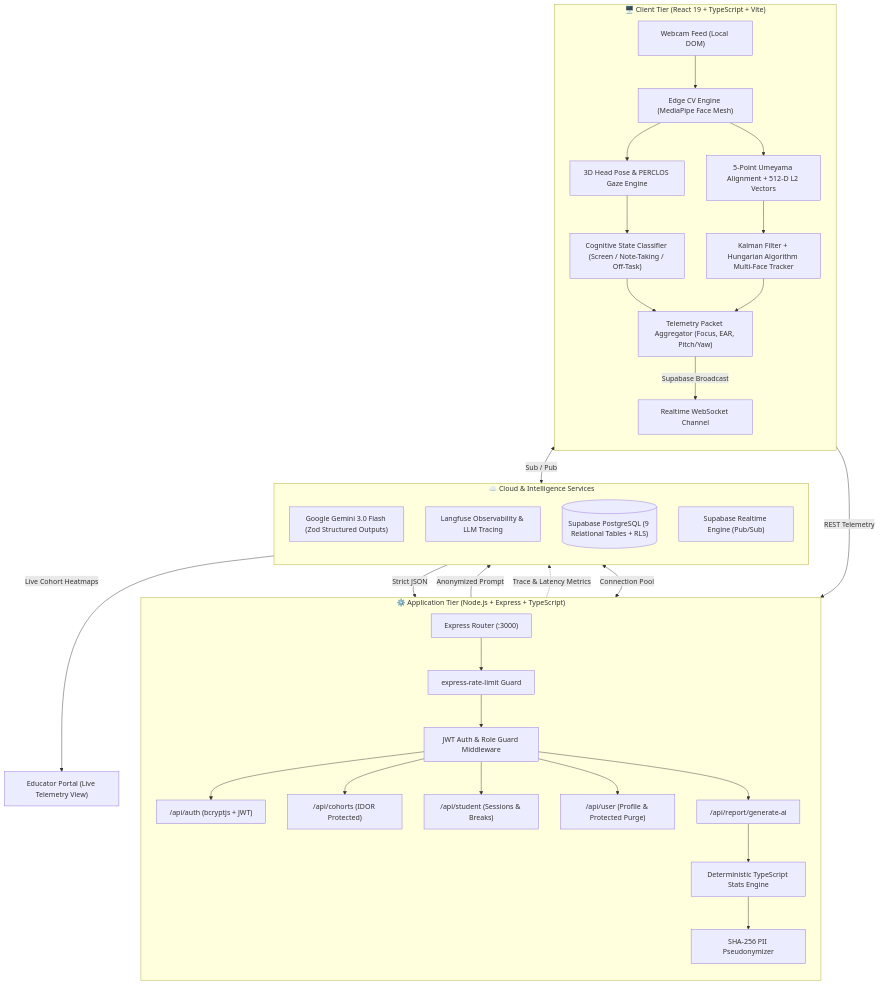
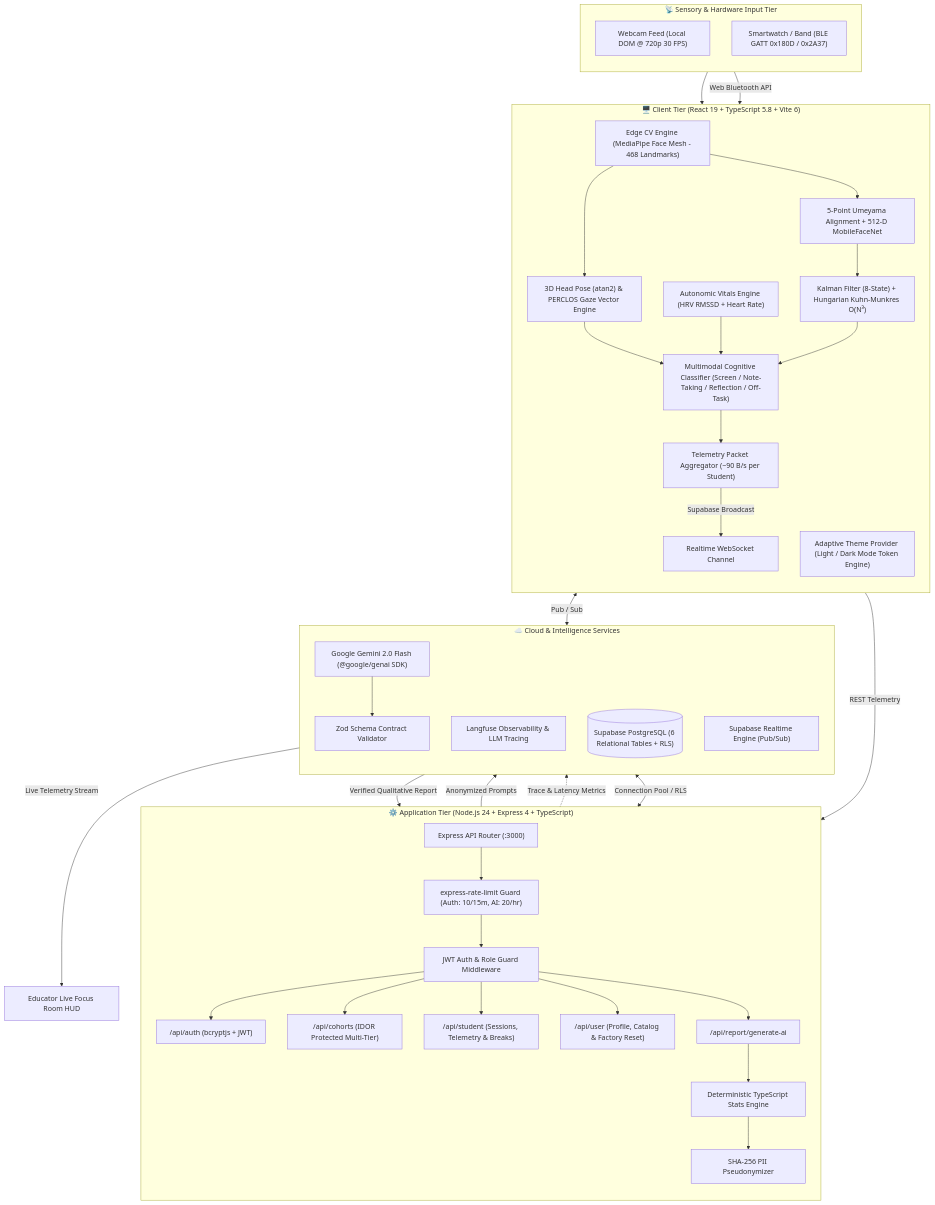
One commit to Kart-1307/CogniLearn changed the first of 5 diagrams in ARCHITECTURE.md. Above: the diagram before and after it, drawn with Mermaid. The commit also changed other lines of this file and 7 other files, not shown here.

Commit message:
docs: update architecture PDF, README hackathon checklist, and add sample data fixtures

````diff
--- a/ARCHITECTURE.md
+++ b/ARCHITECTURE.md
@@ -22,47 +25,68 @@
 ```mermaid
 graph TB
-    subgraph ClientLayer["🖥️ Client Tier (React 19 + TypeScript + Vite)"]
+    subgraph SensoryInput["📡 Sensory & Hardware Input Tier"]
         direction TB
-        CameraFeed["Webcam Feed (Local DOM)"] --> EdgeCV["Edge CV Engine (MediaPipe Face Mesh)"]
-        EdgeCV --> PoseEstimator["3D Head Pose & PERCLOS Gaze Engine"]
-        EdgeCV --> FaceEmbedder["5-Point Umeyama Alignment + 512-D L2 Vectors"]
-        PoseEstimator --> AttnClassifier["Cognitive State Classifier (Screen / Note-Taking / Off-Task)"]
-        FaceEmbedder --> MultiTracker["Kalman Filter + Hungarian Algorithm Multi-Face Tracker"]
-        AttnClassifier --> TelemetryAgg["Telemetry Packet Aggregator (Focus, EAR, Pitch/Yaw)"]
-        MultiTracker --> TelemetryAgg
+        CameraFeed["Webcam Feed (Local DOM @ 720p 30 FPS)"]
+        BLEWatch["Smartwatch / Band (BLE GATT 0x180D / 0x2A37)"]
+    end
+
+    subgraph ClientLayer["🖥️ Client Tier (React 19 + TypeScript 5.8 + Vite 6)"]
+        direction TB
+        EdgeCV["Edge CV Engine (MediaPipe Face Mesh - 468 Landmarks)"]
+        GazeEngine["3D Head Pose (atan2) & PERCLOS Gaze Vector Engine"]
+        FaceEmbedder["5-Point Umeyama Alignment + 512-D MobileFaceNet"]
+        MultiTracker["Kalman Filter (8-State) + Hungarian Kuhn-Munkres O(N³)"]
+        VitalsEngine["Autonomic Vitals Engine (HRV RMSSD + Heart Rate)"]
+        
+        MultimodalClassifier["Multimodal Cognitive Classifier (Screen / Note-Taking / Reflection / Off-Task)"]
+        ThemeEngine["Adaptive Theme Provider (Light / Dark Mode Token Engine)"]
+        TelemetryAgg["Telemetry Packet Aggregator (~90 B/s per Student)"]
+
+        CameraFeed --> EdgeCV
+        EdgeCV --> GazeEngine
+        EdgeCV --> FaceEmbedder
+        FaceEmbedder --> MultiTracker
+        BLEWatch -->|Web Bluetooth API| VitalsEngine
+
+        GazeEngine --> MultimodalClassifier
+        VitalsEngine --> MultimodalClassifier
+        MultiTracker --> MultimodalClassifier
+        MultimodalClassifier --> TelemetryAgg
         TelemetryAgg -->|Supabase Broadcast| RealtimeWS["Realtime WebSocket Channel"]
     end
 
-    subgraph ServerLayer["⚙️ Application Tier (Node.js + Express + TypeScript)"]
+    subgraph ServerLayer["⚙️ Application Tier (Node.js 24 + Express 4 + TypeScript)"]
         direction TB
-        APIGateway["Express Router (:3000)"]
+        APIGateway["Express API Router (:3000)"]
         AuthMW["JWT Auth & Role Guard Middleware"]
-        RateLimiter["express-rate-limit Guard"]
+        RateLimiter["express-rate-limit Guard (Auth: 10/15m, AI: 20/hr)"]
         
         APIGateway --> RateLimiter --> AuthMW
         AuthMW --> AuthRoutes["/api/auth (bcryptjs + JWT)"]
-        AuthMW --> CohortRoutes["/api/cohorts (IDOR Protected)"]
-        AuthMW --> StudentRoutes["/api/student (Sessions & Breaks)"]
-        AuthMW --> UserRoutes["/api/user (Profile & Protected Purge)"]
+        AuthMW --> CohortRoutes["/api/cohorts (IDOR Protected Multi-Tier)"]
+        AuthMW --> StudentRoutes["/api/student (Sessions, Telemetry & Breaks)"]
+        AuthMW --> UserRoutes["/api/user (Profile, Catalog & Factory Reset)"]
         AuthMW --> ReportRoutes["/api/report/generate-ai"]
         
         ReportRoutes --> StatsEngine["Deterministic TypeScript Stats Engine"]
         StatsEngine --> PIIHasher["SHA-256 PII Pseudonymizer"]
     end
 
     subgraph ExternalServices["☁️ Cloud & Intelligence Services"]
         direction TB
-        GeminiAI["Google Gemini 3.0 Flash (Zod Structured Outputs)"]
+        GeminiAI["Google Gemini 2.0 Flash (@google/genai SDK)"]
+        ZodGuard["Zod Schema Contract Validator"]
         LangfuseTracer["Langfuse Observability & LLM Tracing"]
-        SupabaseDB[("Supabase PostgreSQL (9 Relational Tables + RLS)")]
+        SupabaseDB[("Supabase PostgreSQL (6 Relational Tables + RLS)")]
         SupabaseRT["Supabase Realtime Engine (Pub/Sub)"]
     end
 
     TelemetryAgg -->|REST Telemetry| APIGateway
-    RealtimeWS <-->|Sub / Pub| SupabaseRT
-    SupabaseRT -->|Live Cohort Heatmaps| TeacherDashboard["Educator Portal (Live Telemetry View)"]
-    PIIHasher -->|Anonymized Prompt| GeminiAI
-    GeminiAI -->|Strict JSON| ReportRoutes
+    RealtimeWS <-->|Pub / Sub| SupabaseRT
+    SupabaseRT -->|Live Telemetry Stream| TeacherDashboard["Educator Live Focus Room HUD"]
+    PIIHasher -->|Anonymized Prompts| GeminiAI
+    GeminiAI --> ZodGuard
+    ZodGuard -->|Verified Qualitative Report| ReportRoutes
     ReportRoutes -.->|Trace & Latency Metrics| LangfuseTracer
-    APIGateway <-->|Connection Pool| SupabaseDB
+    APIGateway <-->|Connection Pool / RLS| SupabaseDB
 ```
````
